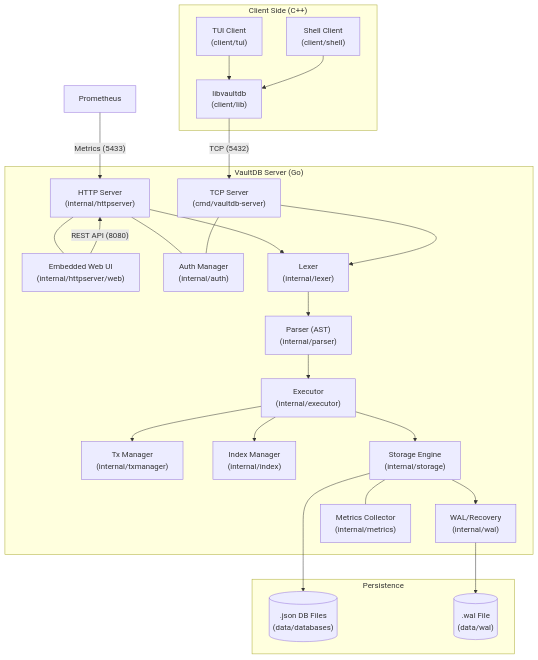
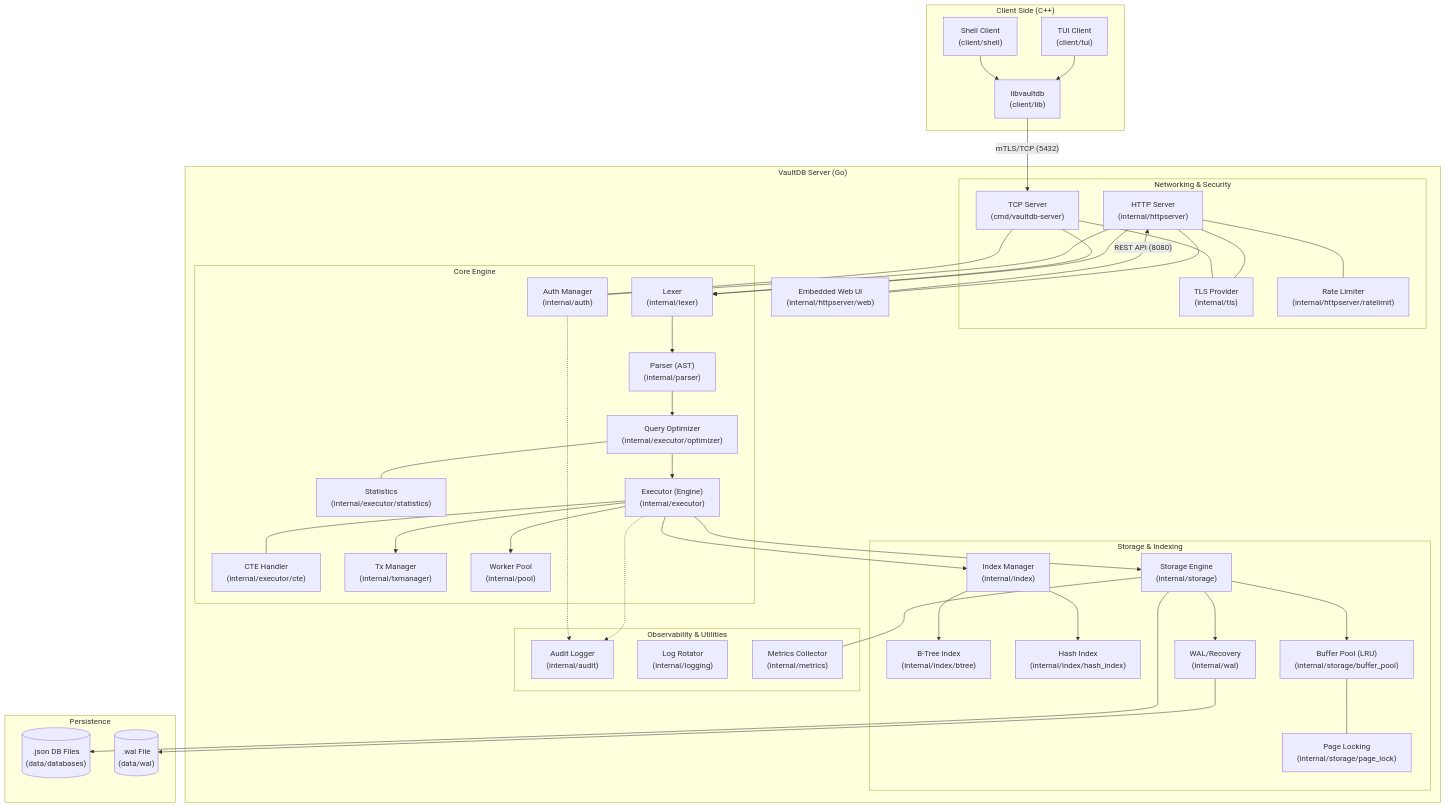
One commit to post-kserks/pro-labs changed the diagram in ARCHITECTURE.md. Above: the diagram before and after it, drawn with Mermaid. The commit also changed other lines of this file and 116 other files, not shown here.

````diff
--- a/ARCHITECTURE.md
+++ b/ARCHITECTURE.md
@@ -15,19 +15,61 @@
     end
 
     subgraph Server ["VaultDB Server (Go)"]
-        HTTPSrv["HTTP Server<br/>(internal/httpserver)"]
-        TCPSrv["TCP Server<br/>(cmd/vaultdb-server)"]
+        subgraph Net ["Networking & Security"]
+            HTTPSrv["HTTP Server<br/>(internal/httpserver)"]
+            TCPSrv["TCP Server<br/>(cmd/vaultdb-server)"]
+            TLS["TLS Provider<br/>(internal/tls)"]
+            RateLimit["Rate Limiter<br/>(internal/httpserver/ratelimit)"]
+            
+            HTTPSrv --- RateLimit
+            HTTPSrv --- TLS
+            TCPSrv --- TLS
+        end
+
         WebUI["Embedded Web UI<br/>(internal/httpserver/web)"]
         
-        Auth["Auth Manager<br/>(internal/auth)"]
-        Lexer["Lexer<br/>(internal/lexer)"]
-        Parser["Parser (AST)<br/>(internal/parser)"]
-        Executor["Executor<br/>(internal/executor)"]
-        TxMgr["Tx Manager<br/>(internal/txmanager)"]
-        IndexMgr["Index Manager<br/>(internal/index)"]
-        Storage["Storage Engine<br/>(internal/storage)"]
-        WAL["WAL/Recovery<br/>(internal/wal)"]
-        Metrics["Metrics Collector<br/>(internal/metrics)"]
+        subgraph Core ["Core Engine"]
+            Auth["Auth Manager<br/>(internal/auth)"]
+            Lexer["Lexer<br/>(internal/lexer)"]
+            Parser["Parser (AST)<br/>(internal/parser)"]
+            Optimizer["Query Optimizer<br/>(internal/executor/optimizer)"]
+            Stats["Statistics<br/>(internal/executor/statistics)"]
+            Executor["Executor (Engine)<br/>(internal/executor)"]
+            CTE["CTE Handler<br/>(internal/executor/cte)"]
+            TxMgr["Tx Manager<br/>(internal/txmanager)"]
+            Pool["Worker Pool<br/>(internal/pool)"]
+            
+            Lexer --> Parser
+            Parser --> Optimizer
+            Optimizer --- Stats
+            Optimizer --> Executor
+            Executor --- CTE
+            Executor --> TxMgr
+            Executor --> Pool
+        end
+
+        subgraph StorageLayer ["Storage & Indexing"]
+            IndexMgr["Index Manager<br/>(internal/index)"]
+            BTree["B-Tree Index<br/>(internal/index/btree)"]
+            HashIndex["Hash Index<br/>(internal/index/hash_index)"]
+            
+            Storage["Storage Engine<br/>(internal/storage)"]
+            BufferPool["Buffer Pool (LRU)<br/>(internal/storage/buffer_pool)"]
+            PageLock["Page Locking<br/>(internal/storage/page_lock)"]
+            WAL["WAL/Recovery<br/>(internal/wal)"]
+            
+            IndexMgr --> BTree
+            IndexMgr --> HashIndex
+            Storage --> BufferPool
+            BufferPool --- PageLock
+            Storage --> WAL
+        end
+
+        subgraph Utils ["Observability & Utilities"]
+            Audit["Audit Logger<br/>(internal/audit)"]
+            Logging["Log Rotator<br/>(internal/logging)"]
+            Metrics["Metrics Collector<br/>(internal/metrics)"]
+        end
 
         HTTPSrv --- Auth
         TCPSrv --- Auth
@@ -35,12 +77,12 @@
         
         HTTPSrv --> Lexer
         TCPSrv --> Lexer
-        Lexer --> Parser
-        Parser --> Executor
-        Executor --> TxMgr
+        
         Executor --> IndexMgr
         Executor --> Storage
-        Storage --> WAL
+        
+        Executor -.-> Audit
+        Auth -.-> Audit
         Storage --- Metrics
     end
 
@@ -51,7 +93,6 @@
         WAL --> WALFile
     end
 
-    Lib -- "TCP (5432)" --> TCPSrv
+    Lib -- "mTLS/TCP (5432)" --> TCPSrv
     WebUI -- "REST API (8080)" --> HTTPSrv
-    Prometheus["Prometheus"] -- "Metrics (5433)" --> HTTPSrv
 ```
````
